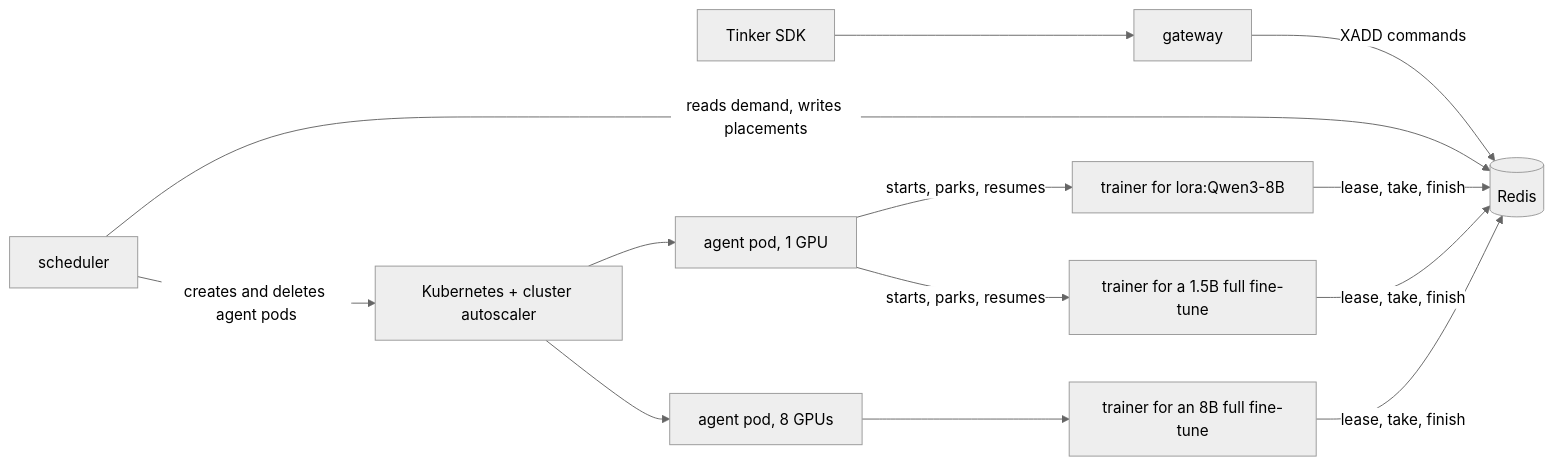
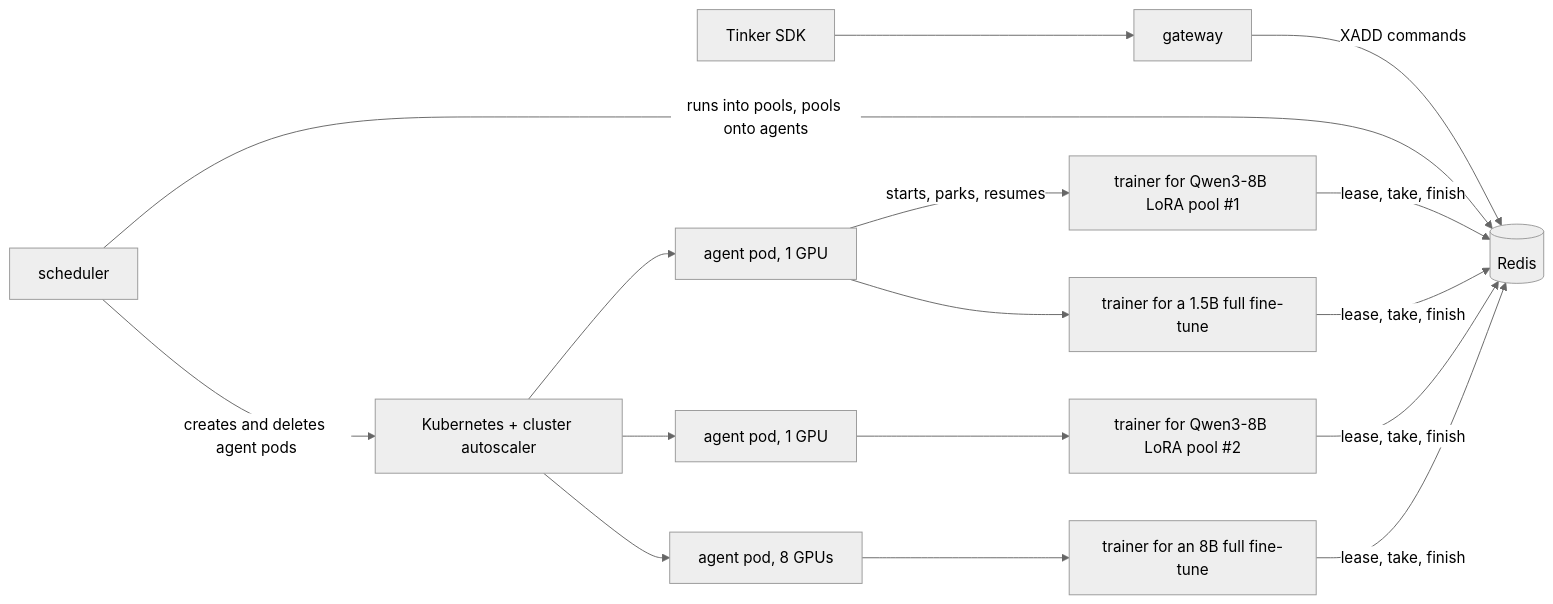
Before and after one commit to ShubyM/tiny-open-rl: the first of 2 diagrams in docs/kubernetes.md, drawn with Mermaid (neutral theme). The commit also changed other lines of this file, not shown here.

First line of the commit message:
Design: resize LoRA pools with their load

````diff
--- a/docs/kubernetes.md
+++ b/docs/kubernetes.md
@@ -14,13 +14,15 @@
 ```mermaid
 flowchart LR
   SDK["Tinker SDK"] --> GW["gateway"]
   GW -- "XADD commands" --> R[("Redis")]
-  S["scheduler"] -- "reads demand, writes placements" --> R
+  S["scheduler"] -- "runs into pools, pools onto agents" --> R
   S -- "creates and deletes agent pods" --> K["Kubernetes + cluster autoscaler"]
   K --> A1["agent pod, 1 GPU"]
+  K --> A2["agent pod, 1 GPU"]
   K --> A8["agent pod, 8 GPUs"]
-  A1 -- "starts, parks, resumes" --> T1["trainer for lora:Qwen3-8B"]
-  A1 -- "starts, parks, resumes" --> T2["trainer for a 1.5B full fine-tune"]
-  A8 --> T3["trainer for an 8B full fine-tune"]
-  T1 & T2 & T3 -- "lease, take, finish" --> R
+  A1 -- "starts, parks, resumes" --> T1["trainer for Qwen3-8B LoRA pool #1"]
+  A2 --> T2["trainer for Qwen3-8B LoRA pool #2"]
+  A1 --> T3["trainer for a 1.5B full fine-tune"]
+  A8 --> T4["trainer for an 8B full fine-tune"]
+  T1 & T2 & T3 & T4 -- "lease, take, finish" --> R
 ```
````
